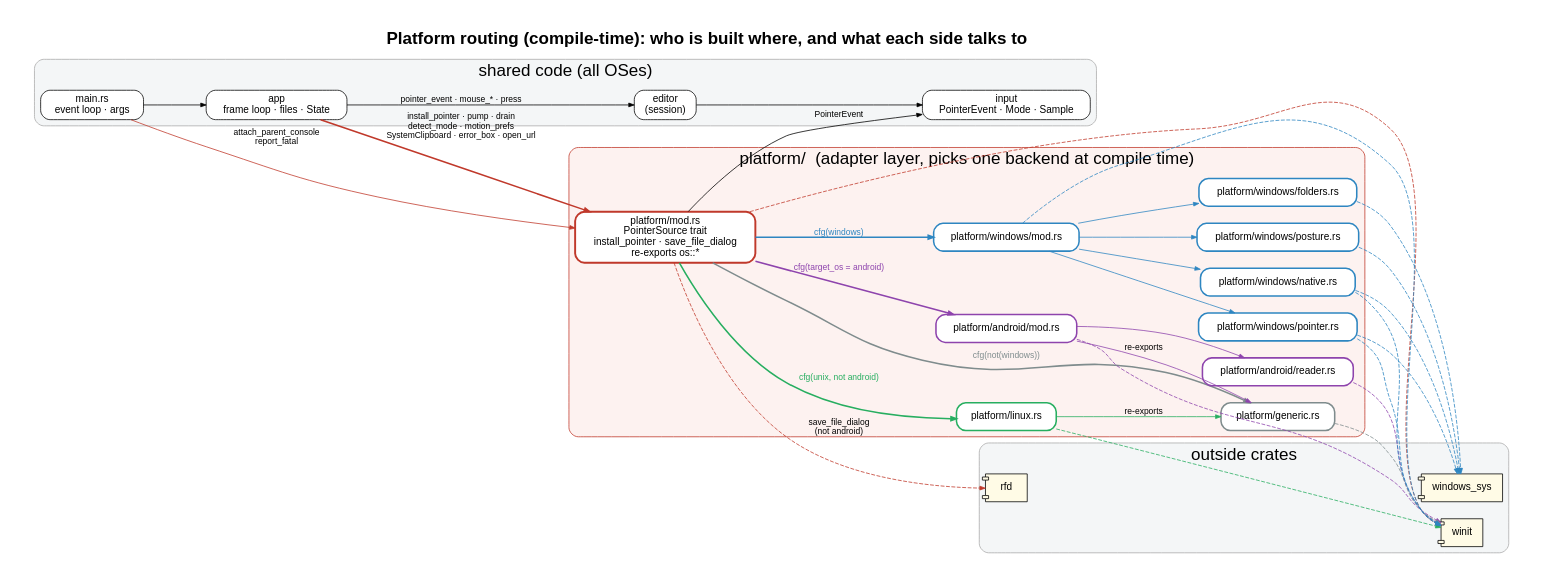
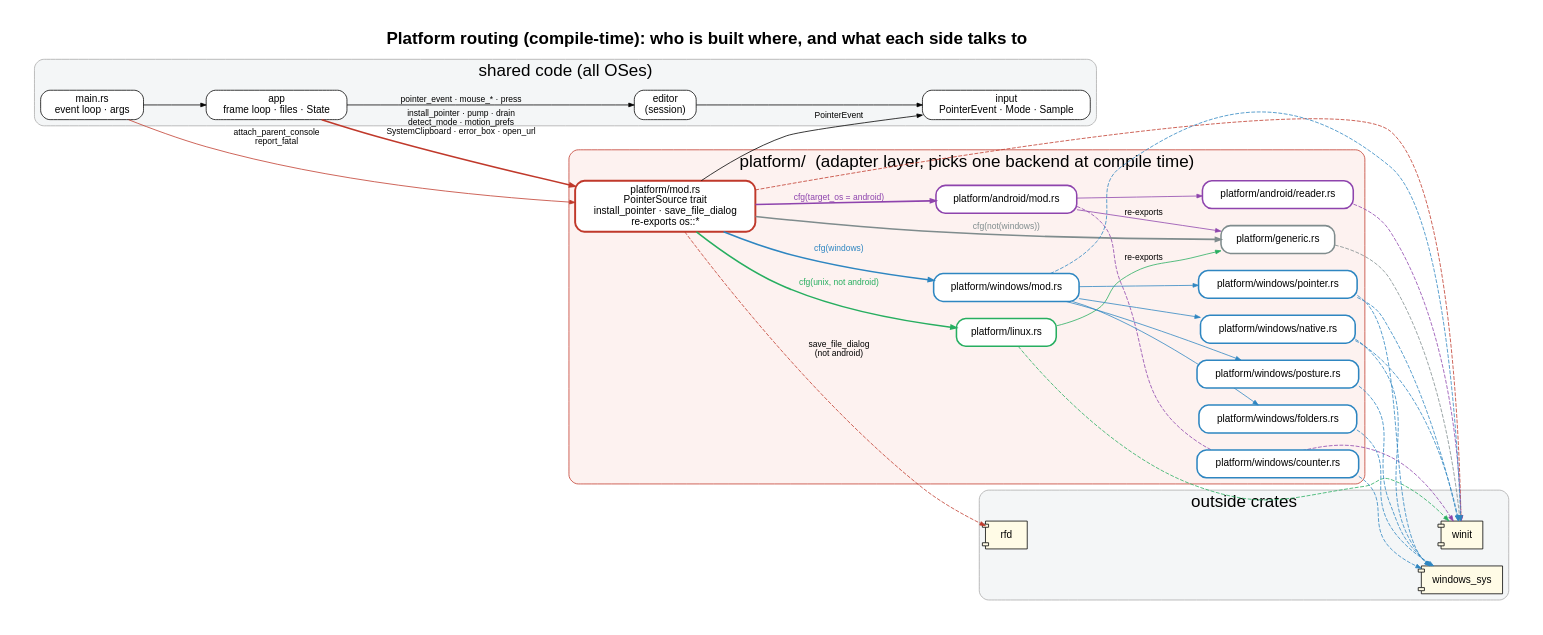
One commit to rajatmo/inkpdf changed the diagram in docs/deps/platform.dot. Above: the diagram before and after it, drawn with Graphviz. The commit also changed 24 other files, not shown here.

```diff
--- a/docs/deps/platform.dot
+++ b/docs/deps/platform.dot
@@ -1,60 +1,62 @@
 digraph P {
 rankdir=LR; newrank=true; splines=true; nodesep=0.3; ranksep=1.1; pad=0.4;
 label=<<b>Platform routing (compile-time): who is built where, and what each side talks to</b>>; labelloc=t; fontsize=22; fontname="Helvetica";
 node [shape=box, style="rounded,filled", fillcolor=white, fontname="Helvetica", fontsize=13, margin="0.14,0.07"];
 edge [arrowsize=0.7, fontname="Helvetica", fontsize=11];
 subgraph cluster_shared { label="shared code (all OSes)"; style="rounded,filled"; fillcolor="#f4f6f7"; color="#aaaaaa"; fontname="Helvetica";
   "app" [label="app\nframe loop · files · State"];
   "main" [label="main.rs\nevent loop · args"];
   "editor" [label="editor\n(session)"];
   "input" [label="input\nPointerEvent · Mode · Sample"];
 }
 subgraph cluster_plat { label="platform/  (adapter layer, picks one backend at compile time)"; style="rounded,filled"; fillcolor="#fdf2f0"; color="#c0392b"; fontname="Helvetica";
   "platform_mod" [label="platform/mod.rs\nPointerSource trait\ninstall_pointer · save_file_dialog\nre-exports os::*", penwidth=2.5, color="#c0392b"];
   "p_android_mod" [label="platform/android/mod.rs", color="#8e44ad", penwidth=2];
   "p_android_reader" [label="platform/android/reader.rs", color="#8e44ad", penwidth=2];
   "p_generic" [label="platform/generic.rs", color="#7f8c8d", penwidth=2];
   "p_linux" [label="platform/linux.rs", color="#27ae60", penwidth=2];
+  "p_windows_counter" [label="platform/windows/counter.rs", color="#2e86c1", penwidth=2];
   "p_windows_folders" [label="platform/windows/folders.rs", color="#2e86c1", penwidth=2];
   "p_windows_mod" [label="platform/windows/mod.rs", color="#2e86c1", penwidth=2];
   "p_windows_native" [label="platform/windows/native.rs", color="#2e86c1", penwidth=2];
   "p_windows_pointer" [label="platform/windows/pointer.rs", color="#2e86c1", penwidth=2];
   "p_windows_posture" [label="platform/windows/posture.rs", color="#2e86c1", penwidth=2];
 }
 subgraph cluster_ext { label="outside crates"; style="rounded,filled"; fillcolor="#f4f6f7"; color="#aaaaaa"; fontname="Helvetica";
   "x_winit" [label="winit", shape=component, fillcolor="#fffbe6"];
   "x_windows_sys" [label="windows_sys", shape=component, fillcolor="#fffbe6"];
   "x_rfd" [label="rfd", shape=component, fillcolor="#fffbe6"];
 }
 "main" -> "app"
 "app" -> "platform_mod" [label="install_pointer · pump · drain\ndetect_mode · motion_prefs\nSystemClipboard · error_box · open_url", penwidth=2, color="#c0392b"]
 "app" -> "editor" [label="pointer_event · mouse_* · press"]
 "main" -> "platform_mod" [label="attach_parent_console\nreport_fatal", color="#c0392b"]
 "platform_mod" -> "input" [label="PointerEvent"]
 "editor" -> "input"
 "platform_mod" -> "p_android_mod" [label="cfg(target_os = android)", color="#8e44ad", penwidth=2, fontcolor="#8e44ad"]
 "p_android_mod" -> "x_winit" [color="#8e44ad", style=dashed]
 "p_android_reader" -> "x_winit" [color="#8e44ad", style=dashed]
 "platform_mod" -> "p_generic" [label="cfg(not(windows))", color="#7f8c8d", penwidth=2, fontcolor="#7f8c8d"]
 "p_generic" -> "x_winit" [color="#7f8c8d", style=dashed]
 "platform_mod" -> "p_linux" [label="cfg(unix, not android)", color="#27ae60", penwidth=2, fontcolor="#27ae60"]
 "p_linux" -> "x_winit" [color="#27ae60", style=dashed]
+"p_windows_counter" -> "x_windows_sys" [color="#2e86c1", style=dashed]
 "p_windows_folders" -> "x_windows_sys" [color="#2e86c1", style=dashed]
 "platform_mod" -> "p_windows_mod" [label="cfg(windows)", color="#2e86c1", penwidth=2, fontcolor="#2e86c1"]
 "p_windows_mod" -> "x_winit" [color="#2e86c1", style=dashed]
 "p_windows_native" -> "x_windows_sys" [color="#2e86c1", style=dashed]
 "p_windows_native" -> "x_winit" [color="#2e86c1", style=dashed]
 "p_windows_pointer" -> "x_windows_sys" [color="#2e86c1", style=dashed]
 "p_windows_pointer" -> "x_winit" [color="#2e86c1", style=dashed]
 "p_windows_posture" -> "x_windows_sys" [color="#2e86c1", style=dashed]
 "platform_mod" -> "x_rfd" [label="save_file_dialog\n(not android)", style=dashed, color="#c0392b"]
 "platform_mod" -> "x_winit" [style=dashed, color="#c0392b"]
 "p_windows_mod" -> "p_windows_pointer" [color="#2e86c1"]
 "p_windows_mod" -> "p_windows_native" [color="#2e86c1"]
 "p_windows_mod" -> "p_windows_posture" [color="#2e86c1"]
 "p_windows_mod" -> "p_windows_folders" [color="#2e86c1"]
 "p_android_mod" -> "p_android_reader" [color="#8e44ad"]
 "p_linux" -> "p_generic" [label="re-exports", color="#27ae60"]
 "p_android_mod" -> "p_generic" [label="re-exports", color="#8e44ad"]
 {rank=same; "p_windows_mod"; "p_linux"; "p_android_mod";}
 }
```
